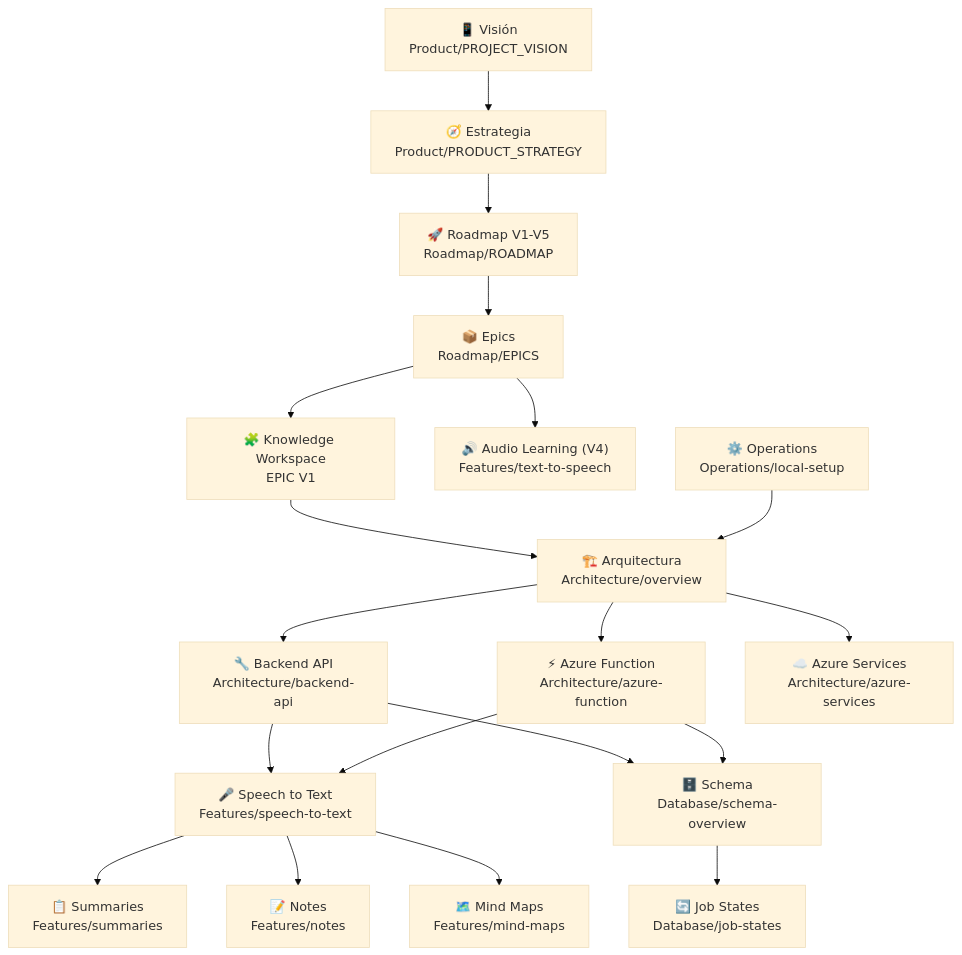
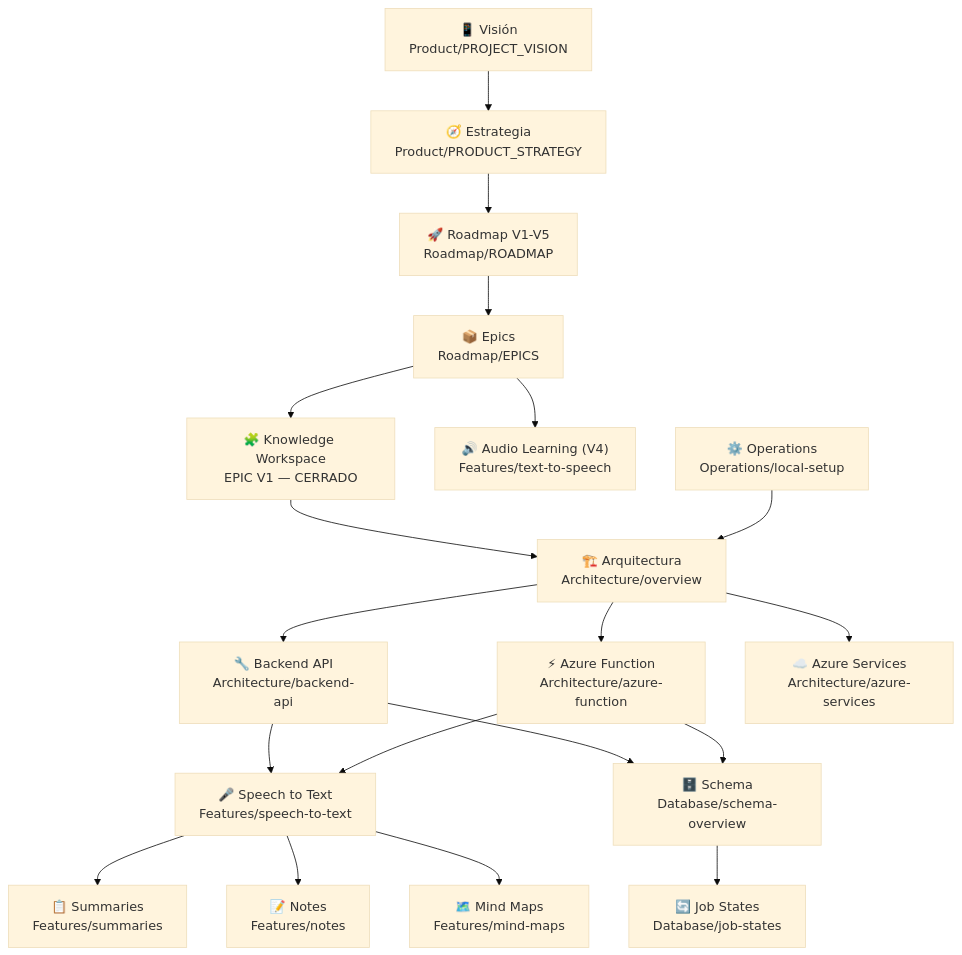
One commit to SCaneoGarrido/Champion-AI changed the diagram in App/Knowledge/README.md. Above: the diagram before and after it, drawn with Mermaid (base theme). The commit also changed other lines of this file and 37 other files, not shown here.

````diff
--- a/App/Knowledge/README.md
+++ b/App/Knowledge/README.md
@@ -19,39 +23,39 @@
 ```mermaid
 graph TD
     VISION["📱 Visión\nProduct/PROJECT_VISION"]
     STRATEGY["🧭 Estrategia\nProduct/PRODUCT_STRATEGY"]
     ROADMAP["🚀 Roadmap V1-V5\nRoadmap/ROADMAP"]
     EPICS["📦 Epics\nRoadmap/EPICS"]
-    WORKSPACE["🧩 Knowledge Workspace\nEPIC V1"]
+    WORKSPACE["🧩 Knowledge Workspace\nEPIC V1 — CERRADO"]
     ARCH["🏗️ Arquitectura\nArchitecture/overview"]
     API["🔧 Backend API\nArchitecture/backend-api"]
     FUNC["⚡ Azure Function\nArchitecture/azure-function"]
     AZURE["☁️ Azure Services\nArchitecture/azure-services"]
     STT["🎤 Speech to Text\nFeatures/speech-to-text"]
     TTS["🔊 Audio Learning (V4)\nFeatures/text-to-speech"]
     SUM["📋 Summaries\nFeatures/summaries"]
     NOTES["📝 Notes\nFeatures/notes"]
     MIND["🗺️ Mind Maps\nFeatures/mind-maps"]
     SCHEMA["🗄️ Schema\nDatabase/schema-overview"]
     STATES["🔄 Job States\nDatabase/job-states"]
     OPS["⚙️ Operations\nOperations/local-setup"]
 
     VISION --> STRATEGY
     STRATEGY --> ROADMAP
     ROADMAP --> EPICS
     EPICS --> WORKSPACE
     WORKSPACE --> ARCH
     ARCH --> API
     ARCH --> FUNC
     ARCH --> AZURE
     API --> STT
     FUNC --> STT
     STT --> SUM
     STT --> NOTES
     STT --> MIND
     EPICS --> TTS
     API --> SCHEMA
     FUNC --> SCHEMA
     SCHEMA --> STATES
     OPS --> ARCH
 ```
````
